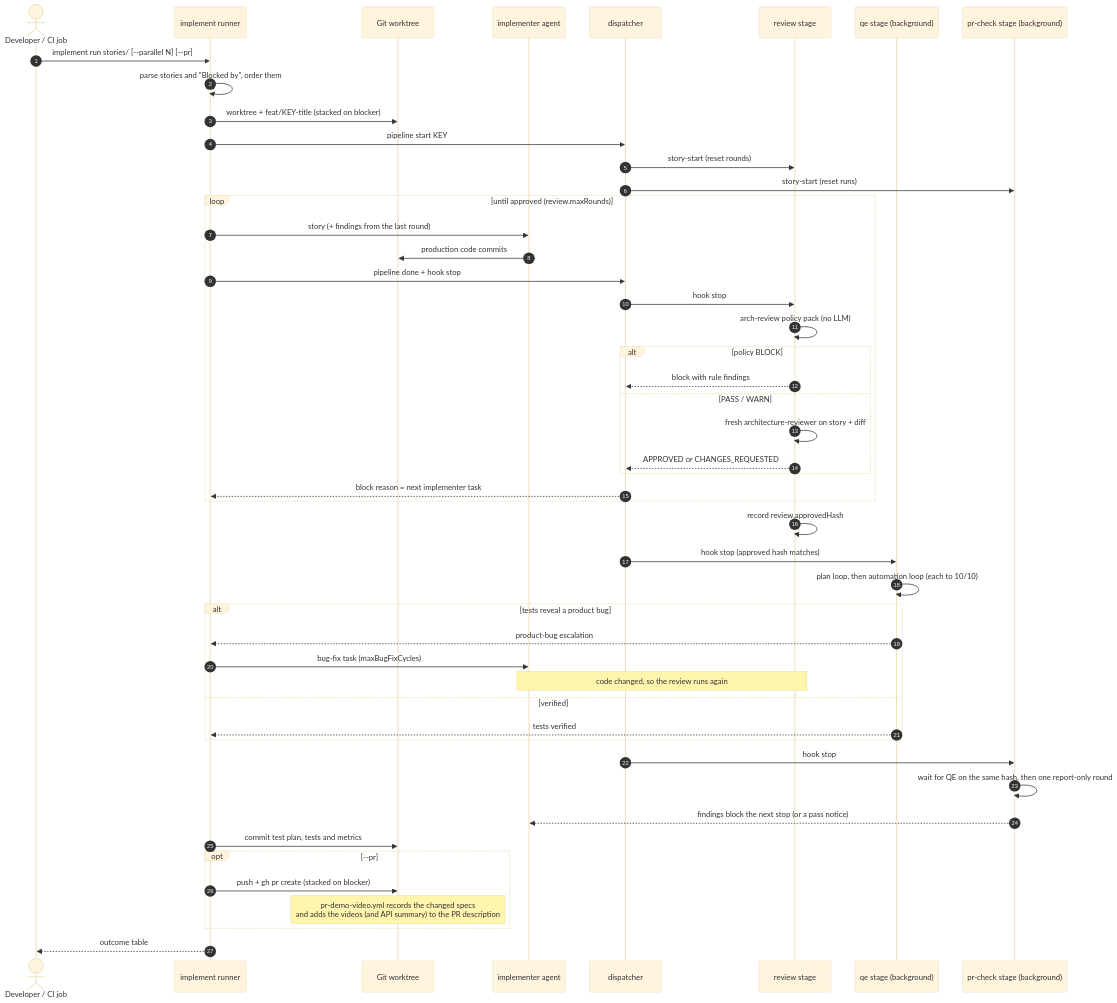
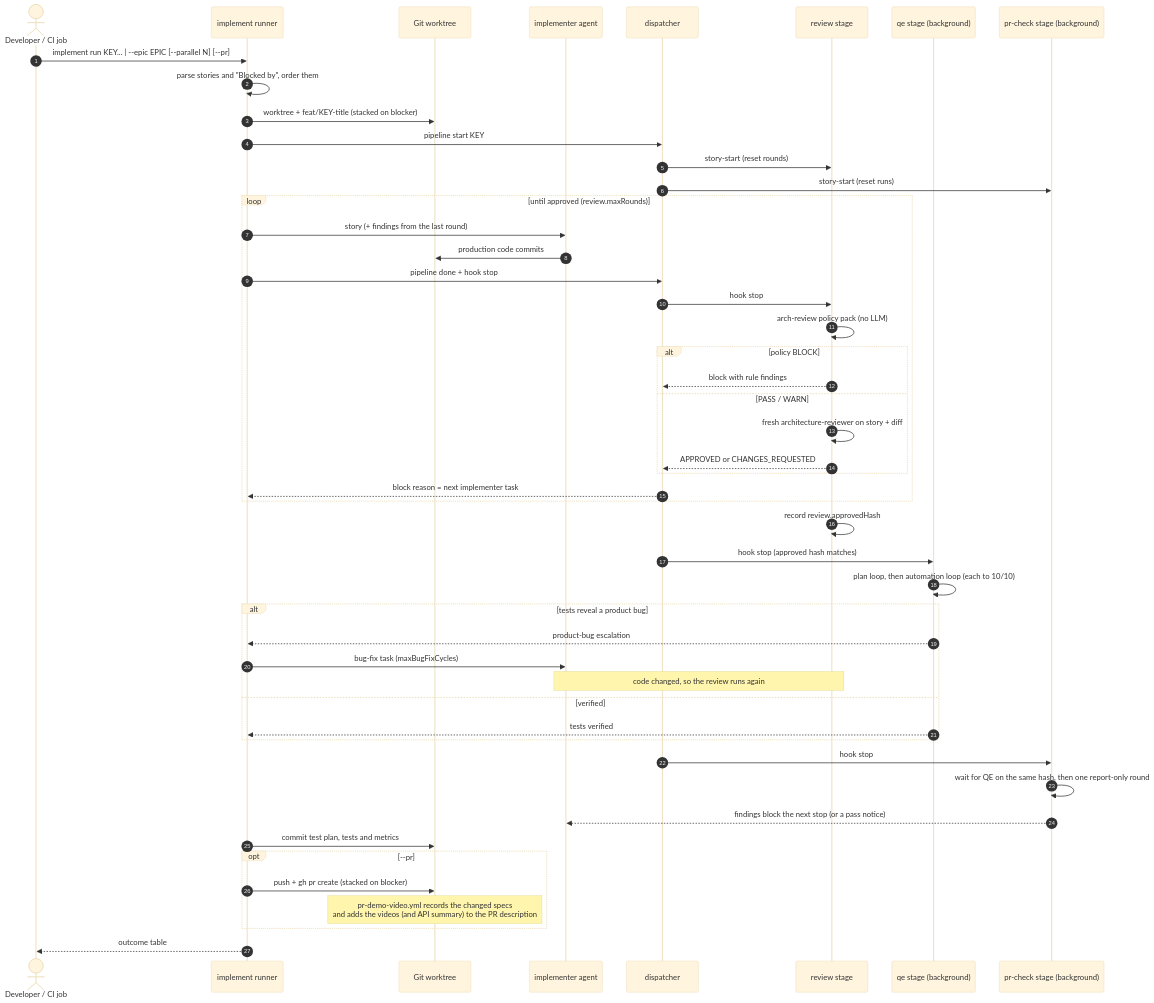
The second of 3 diagrams in docs/ai-pipeline/README.md (armandodollia-slalom/AI-Immersion-eShop), drawn with Mermaid (base theme) before and after one commit. The commit also changed other lines of this file and 29 other files, not shown here.

````diff
--- a/docs/ai-pipeline/README.md
+++ b/docs/ai-pipeline/README.md
@@ -61,56 +65,56 @@
 ```mermaid
 sequenceDiagram
   autonumber
   actor Dev as Developer / CI job
   participant Run as implement runner
   participant Git as Git worktree
   participant Impl as implementer agent
   participant Disp as dispatcher
   participant Rev as review stage
   participant QE as qe stage (background)
   participant PRC as pr-check stage (background)
 
-  Dev->>Run: implement run stories/ [--parallel N] [--pr]
+  Dev->>Run: implement run KEY... | --epic EPIC [--parallel N] [--pr]
   Run->>Run: parse stories and "Blocked by", order them
   Run->>Git: worktree + feat/KEY-title (stacked on blocker)
   Run->>Disp: pipeline start KEY
   Disp->>Rev: story-start (reset rounds)
   Disp->>PRC: story-start (reset runs)
 
   loop until approved (review.maxRounds)
     Run->>Impl: story (+ findings from the last round)
     Impl->>Git: production code commits
     Run->>Disp: pipeline done + hook stop
     Disp->>Rev: hook stop
     Rev->>Rev: arch-review policy pack (no LLM)
     alt policy BLOCK
       Rev-->>Disp: block with rule findings
     else PASS / WARN
       Rev->>Rev: fresh architecture-reviewer on story + diff
       Rev-->>Disp: APPROVED or CHANGES_REQUESTED
     end
     Disp-->>Run: block reason = next implementer task
   end
 
   Rev->>Rev: record review.approvedHash
   Disp->>QE: hook stop (approved hash matches)
   QE->>QE: plan loop, then automation loop (each to 10/10)
   alt tests reveal a product bug
     QE-->>Run: product-bug escalation
     Run->>Impl: bug-fix task (maxBugFixCycles)
     Note over Impl,Rev: code changed, so the review runs again
   else verified
     QE-->>Run: tests verified
   end
 
   Disp->>PRC: hook stop
   PRC->>PRC: wait for QE on the same hash, then one report-only round
   PRC-->>Impl: findings block the next stop (or a pass notice)
 
   Run->>Git: commit test plan, tests and metrics
   opt --pr
     Run->>Git: push + gh pr create (stacked on blocker)
     Note over Git: pr-demo-video.yml records the changed specs<br/>and adds the videos (and API summary) to the PR description
   end
   Run-->>Dev: outcome table
 ```
````
